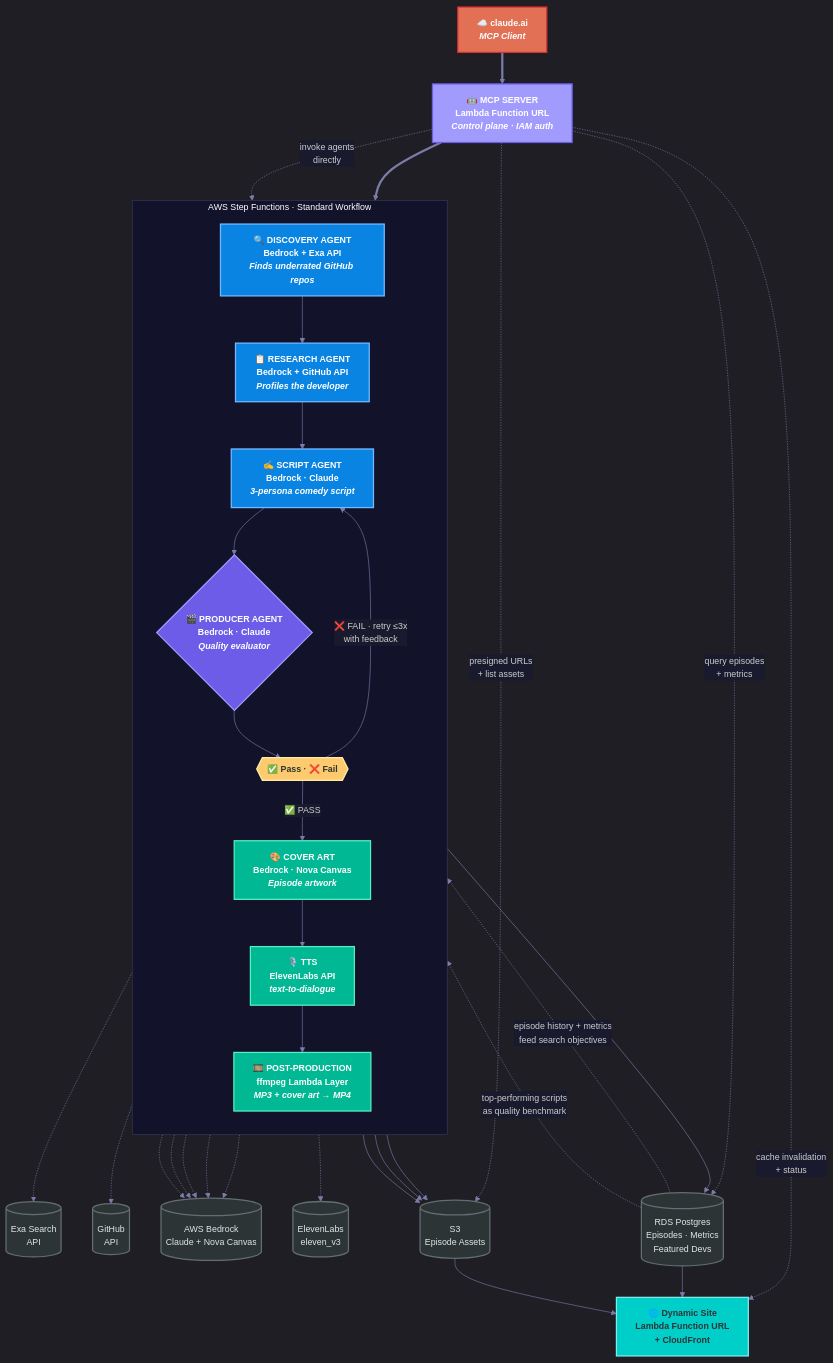
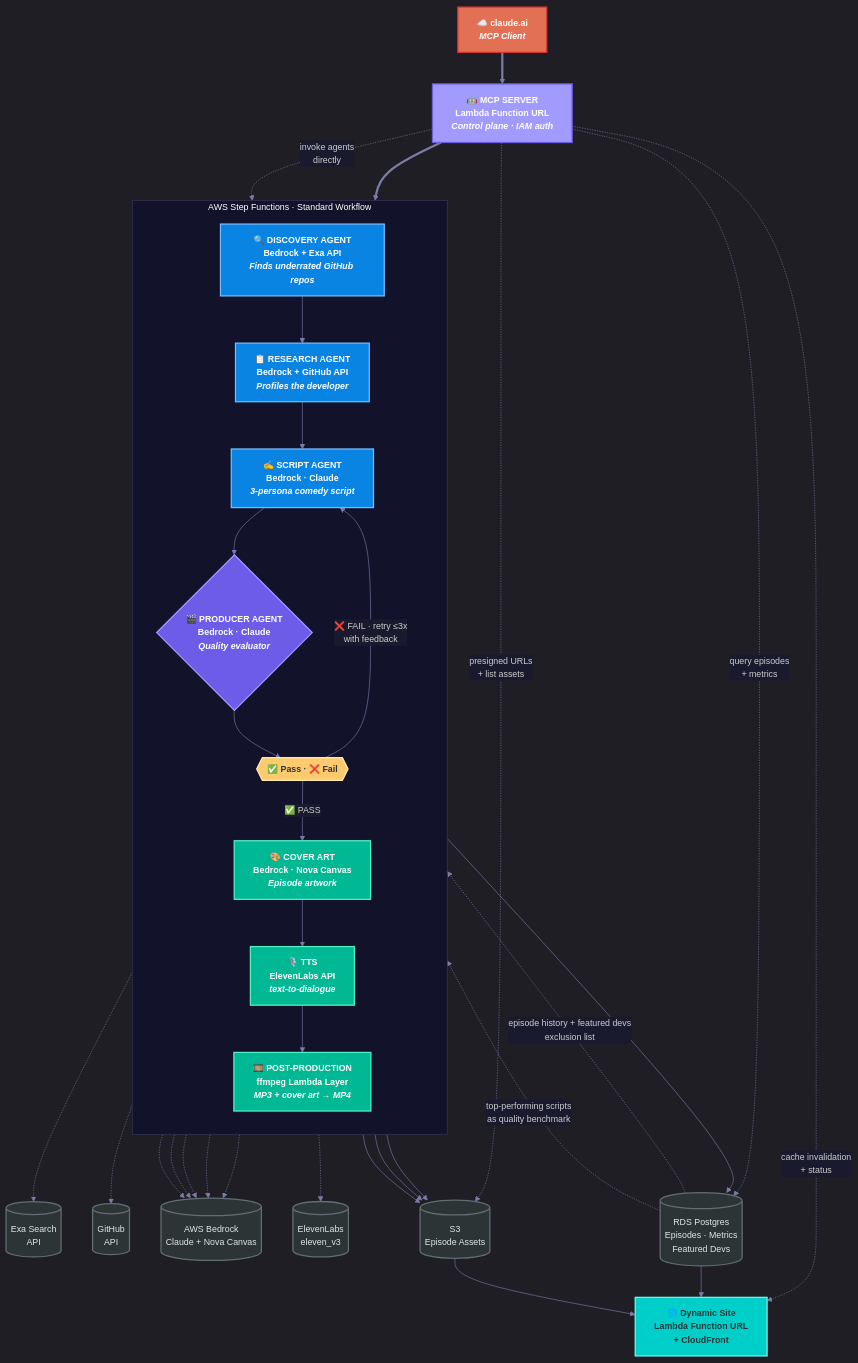
Before and after one commit to rhprasad0/closed-loop-ai-podcast: the diagram in architecture.mermaid, drawn with Mermaid. The commit also changed 19 other files, not shown here.

```diff
--- a/architecture.mermaid
+++ b/architecture.mermaid
@@ -1,82 +1,82 @@
 %%{init: {'theme': 'dark', 'themeVariables': {'primaryColor': '#1a1a2e', 'primaryTextColor': '#e0e0e0', 'primaryBorderColor': '#4a4a6a', 'lineColor': '#7c7caa', 'secondaryColor': '#16213e', 'tertiaryColor': '#0f3460', 'background': '#0a0a1a', 'mainBkg': '#1a1a2e', 'nodeBorder': '#4a4a6a', 'clusterBkg': '#12122a', 'clusterBorder': '#3a3a5c', 'titleColor': '#ffffff', 'edgeLabelBackground': '#1a1a2e', 'fontFamily': 'Inter, Segoe UI, sans-serif', 'fontSize': '14px'}}}%%
 
 graph TB
     CLAUDEAI["☁️ claude.ai<br/><i>MCP Client</i>"]
     MCP["🤖 MCP SERVER<br/>Lambda Function URL<br/><i>Control plane · IAM auth</i>"]
 
     subgraph SF["  AWS Step Functions · Standard Workflow  "]
         direction TB
 
         DISCOVERY["🔍 DISCOVERY AGENT<br/>Bedrock + Exa API<br/><i>Finds underrated GitHub repos</i>"]
         RESEARCH["📋 RESEARCH AGENT<br/>Bedrock + GitHub API<br/><i>Profiles the developer</i>"]
         SCRIPT["✍️ SCRIPT AGENT<br/>Bedrock · Claude<br/><i>3-persona comedy script</i>"]
         PRODUCER{"🎬 PRODUCER AGENT<br/>Bedrock · Claude<br/><i>Quality evaluator</i>"}
         CHOICE{{"✅ Pass · ❌ Fail"}}
         COVERART["🎨 COVER ART<br/>Bedrock · Nova Canvas<br/><i>Episode artwork</i>"]
         TTS["🎙️ TTS<br/>ElevenLabs API<br/><i>text-to-dialogue</i>"]
         POSTPROD["🎞️ POST-PRODUCTION<br/>ffmpeg Lambda Layer<br/><i>MP3 + cover art → MP4</i>"]
 
         DISCOVERY --> RESEARCH
         RESEARCH --> SCRIPT
         SCRIPT --> PRODUCER
         PRODUCER --> CHOICE
         CHOICE -- "❌ FAIL · retry ≤3x<br/>with feedback" --> SCRIPT
         CHOICE -- "✅ PASS" --> COVERART
         COVERART --> TTS
         TTS --> POSTPROD
     end
 
     EXA[("Exa Search<br/>API")]
     GITHUB[("GitHub<br/>API")]
     BEDROCK[("AWS Bedrock<br/>Claude + Nova Canvas")]
     ELEVENLABS[("ElevenLabs<br/>eleven_v3")]
 
     S3[("S3<br/>Episode Assets")]
     RDS[("RDS Postgres<br/>Episodes · Metrics<br/>Featured Devs")]
     SITE["🌐 Dynamic Site<br/>Lambda Function URL<br/>+ CloudFront"]
 
     CLAUDEAI ==> MCP
     MCP ==> SF
     MCP -. "invoke agents<br/>directly" .-> SF
     MCP -. "query episodes<br/>+ metrics" .-> RDS
     MCP -. "presigned URLs<br/>+ list assets" .-> S3
     MCP -. "cache invalidation<br/>+ status" .-> SITE
 
     DISCOVERY -.-> EXA
     DISCOVERY -.-> BEDROCK
     RESEARCH -.-> GITHUB
     RESEARCH -.-> BEDROCK
     SCRIPT -.-> BEDROCK
     PRODUCER -.-> BEDROCK
     COVERART -.-> BEDROCK
     TTS -.-> ELEVENLABS
 
-    RDS -. "episode history + metrics<br/>feed search objectives" .-> DISCOVERY
+    RDS -. "episode history + featured devs<br/>exclusion list" .-> DISCOVERY
     RDS -. "top-performing scripts<br/>as quality benchmark" .-> PRODUCER
 
     COVERART --> S3
     TTS --> S3
     POSTPROD --> S3
     POSTPROD --> RDS
     RDS --> SITE
     S3 --> SITE
 
     classDef trigger fill:#e17055,stroke:#d63031,color:#fff,font-weight:bold,stroke-width:2px
     classDef mcp fill:#a29bfe,stroke:#6c5ce7,color:#fff,font-weight:bold,stroke-width:2px
     classDef agent fill:#0984e3,stroke:#74b9ff,color:#fff,font-weight:bold,stroke-width:2px
     classDef evaluator fill:#6c5ce7,stroke:#a29bfe,color:#fff,font-weight:bold,stroke-width:2px
     classDef choice fill:#fdcb6e,stroke:#ffeaa7,color:#2d3436,font-weight:bold,stroke-width:2px
     classDef process fill:#00b894,stroke:#55efc4,color:#fff,font-weight:bold,stroke-width:2px
     classDef external fill:#2d3436,stroke:#636e72,color:#dfe6e9,stroke-width:2px
     classDef storage fill:#2d3436,stroke:#636e72,color:#dfe6e9,stroke-width:2px
     classDef site fill:#00cec9,stroke:#81ecec,color:#2d3436,font-weight:bold,stroke-width:2px
 
     class CLAUDEAI trigger
     class MCP mcp
     class DISCOVERY,RESEARCH,SCRIPT agent
     class PRODUCER evaluator
     class CHOICE choice
     class COVERART,TTS,POSTPROD process
     class EXA,GITHUB,BEDROCK,ELEVENLABS external
     class S3,RDS storage
     class SITE site
```
